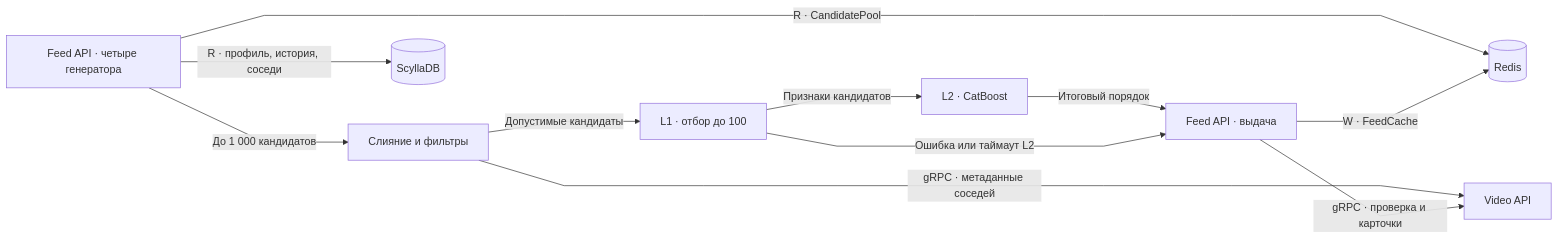
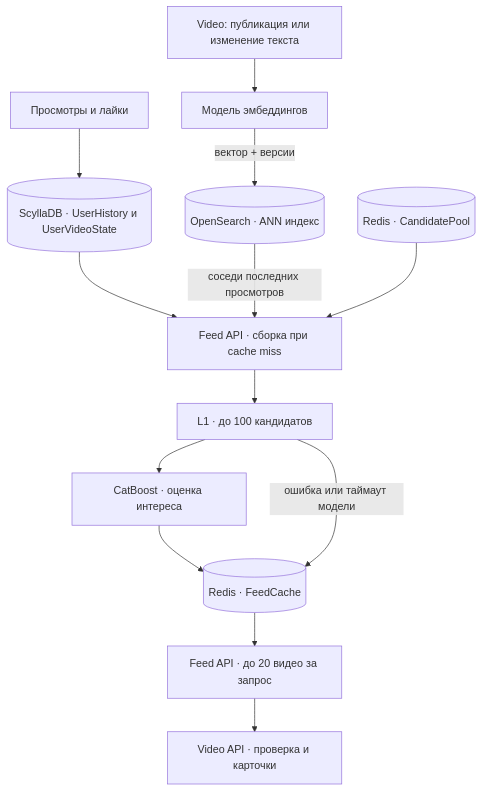
Before and after one commit to pavel-ladygin/highload_tp: the sixth of 14 diagrams in README.md, drawn with Mermaid. The commit also changed other lines of this file, not shown here.

````diff
--- a/README.md
+++ b/README.md
@@ -758,14 +741,15 @@
 ```mermaid
-%%{init: {"flowchart": {"curve": "linear"}}}%%
-flowchart LR
-    G["Feed API · четыре генератора"] -->|"До 1 000 кандидатов"| F["Слияние и фильтры"]
-    G -->|"R · профиль, история, соседи"| D[("ScyllaDB")]
-    G -->|"R · CandidatePool"| R[("Redis")]
-    F -->|"Допустимые кандидаты"| L["L1 · отбор до 100"]
-    F -->|"gRPC · метаданные соседей"| V["Video API"]
-    L -->|"Признаки кандидатов"| C["L2 · CatBoost"]
-    C -->|"Итоговый порядок"| P["Feed API · выдача"]
-    L -->|"Ошибка или таймаут L2"| P
-    P -->|"W · FeedCache"| R
-    P -->|"gRPC · проверка и карточки"| V
+flowchart TB
+    Catalog["Video: публикация или изменение текста"] --> Embed["Модель эмбеддингов"]
+    Embed -->|"вектор + версии"| Index[("OpenSearch · ANN индекс")]
+    Events["Просмотры и лайки"] --> History[("ScyllaDB · UserHistory и UserVideoState")]
+    History --> Feed["Feed API · сборка при cache miss"]
+    Index -->|"соседи последних просмотров"| Feed
+    Pool[("Redis · CandidatePool")] --> Feed
+    Feed --> L1["L1 · до 100 кандидатов"]
+    L1 --> Rank["CatBoost · оценка интереса"]
+    Rank --> Cache[("Redis · FeedCache")]
+    L1 -->|"ошибка или таймаут модели"| Cache
+    Cache --> API["Feed API · до 20 видео за запрос"]
+    API --> Video["Video API · проверка и карточки"]
 ```
````
